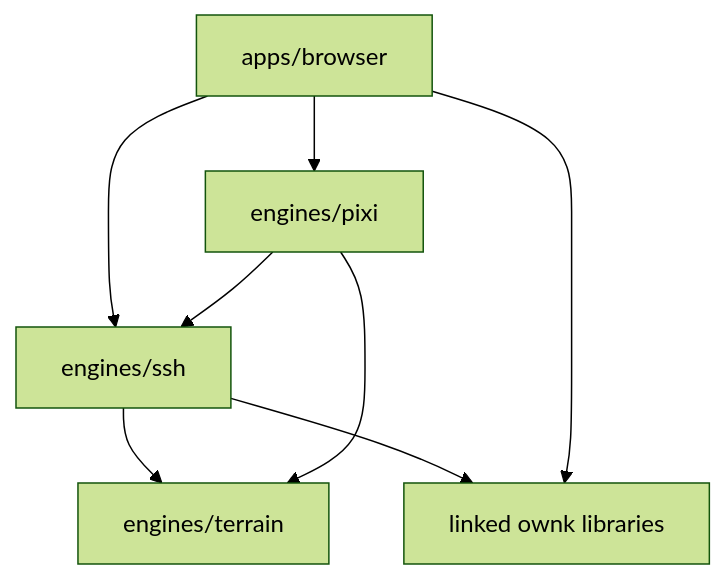
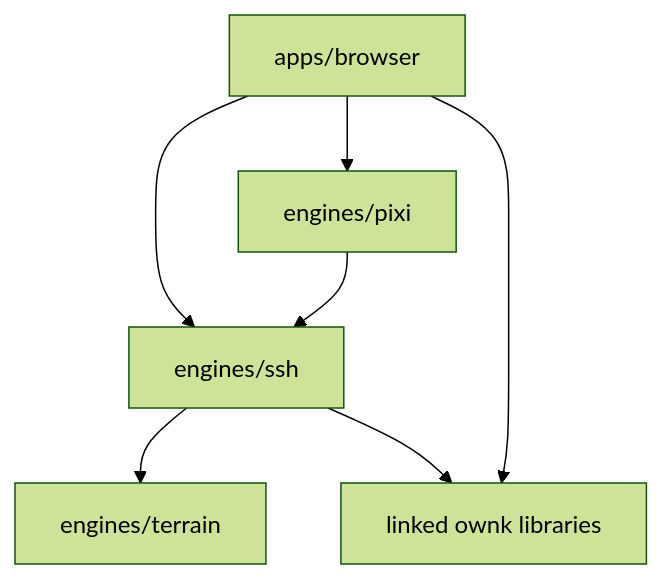
The diagram in docs/architecture-overview.md (eddow/anarkai), drawn with Mermaid (forest theme) before and after one commit. The commit also changed other lines of this file and 37 other files, not shown here.

````diff
--- a/docs/architecture-overview.md
+++ b/docs/architecture-overview.md
@@ -14,16 +14,15 @@
 ```mermaid
 graph TD
     Browser[apps/browser]
     SSH[engines/ssh]
     Pixi[engines/pixi]
     Terrain[engines/terrain]
     Ownk[linked ownk libraries]
 
     Browser --> SSH
     Browser --> Pixi
     SSH --> Terrain
     SSH --> Ownk
     Pixi --> SSH
-    Pixi --> Terrain
     Browser --> Ownk
 ```
````
